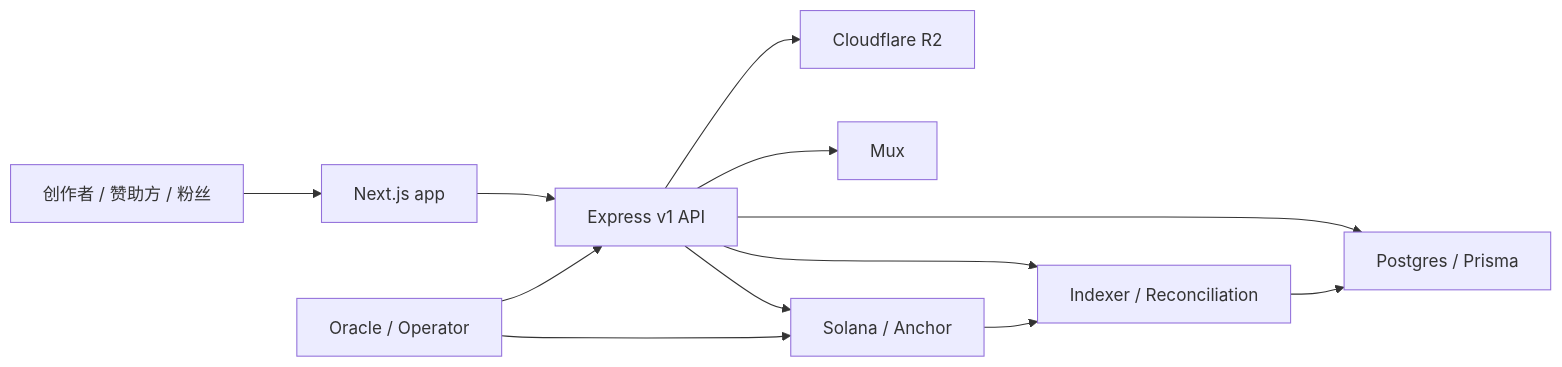
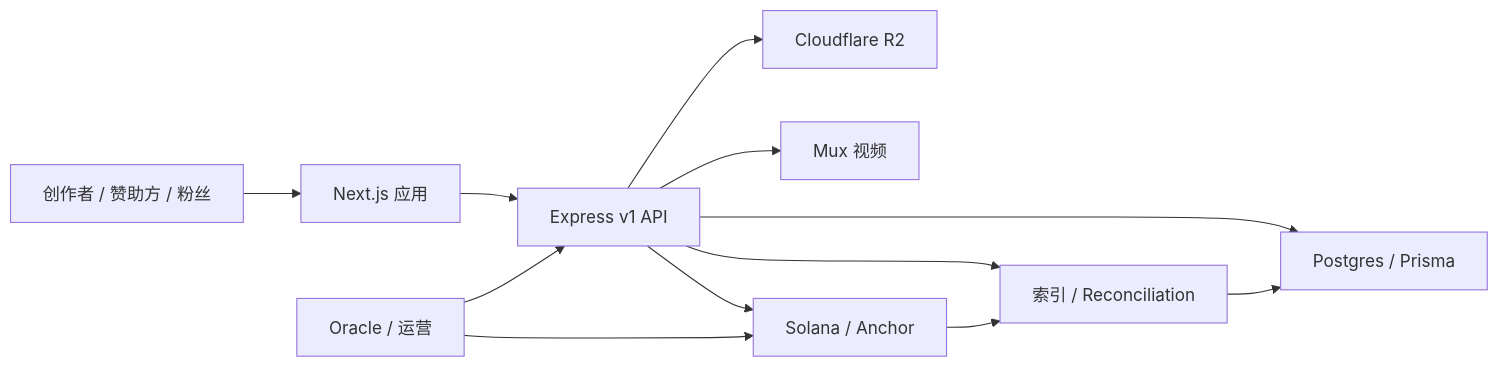
One commit to Carstin520/StreamPump changed the diagram in README.zh-CN.md. Above: the diagram before and after it, drawn with Mermaid. The commit also changed other lines of this file and 5 other files, not shown here.

````diff
--- a/README.zh-CN.md
+++ b/README.zh-CN.md
@@ -68,14 +158,14 @@
 ```mermaid
 flowchart LR
-  User["创作者 / 赞助方 / 粉丝"] --> App["Next.js app"]
+  User["创作者 / 赞助方 / 粉丝"] --> App["Next.js 应用"]
   App --> API["Express v1 API"]
   API --> DB["Postgres / Prisma"]
   API --> R2["Cloudflare R2"]
-  API --> Mux["Mux"]
-  API --> Jobs["Indexer / Reconciliation"]
+  API --> Mux["Mux 视频"]
+  API --> Jobs["索引 / Reconciliation"]
   API --> Chain["Solana / Anchor"]
-  Oracle["Oracle / Operator"] --> API
+  Oracle["Oracle / 运营"] --> API
   Oracle --> Chain
   Chain --> Jobs
   Jobs --> DB
 ```
````
